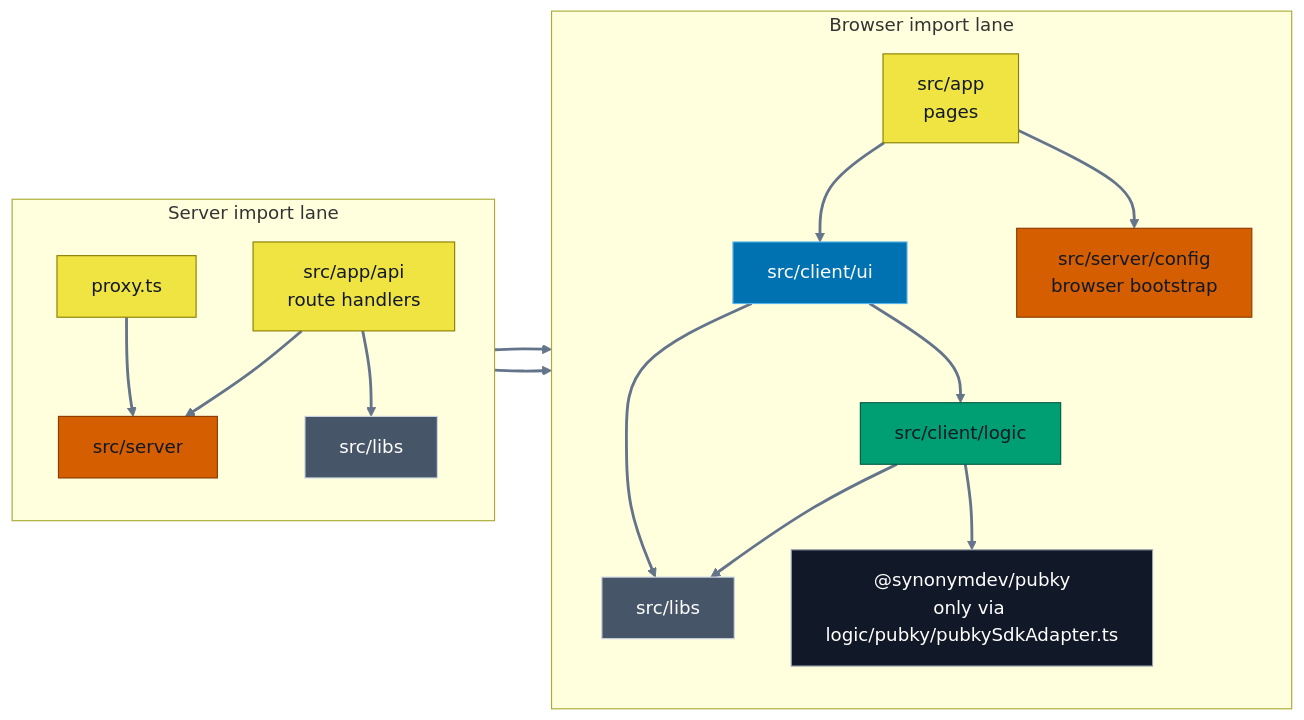
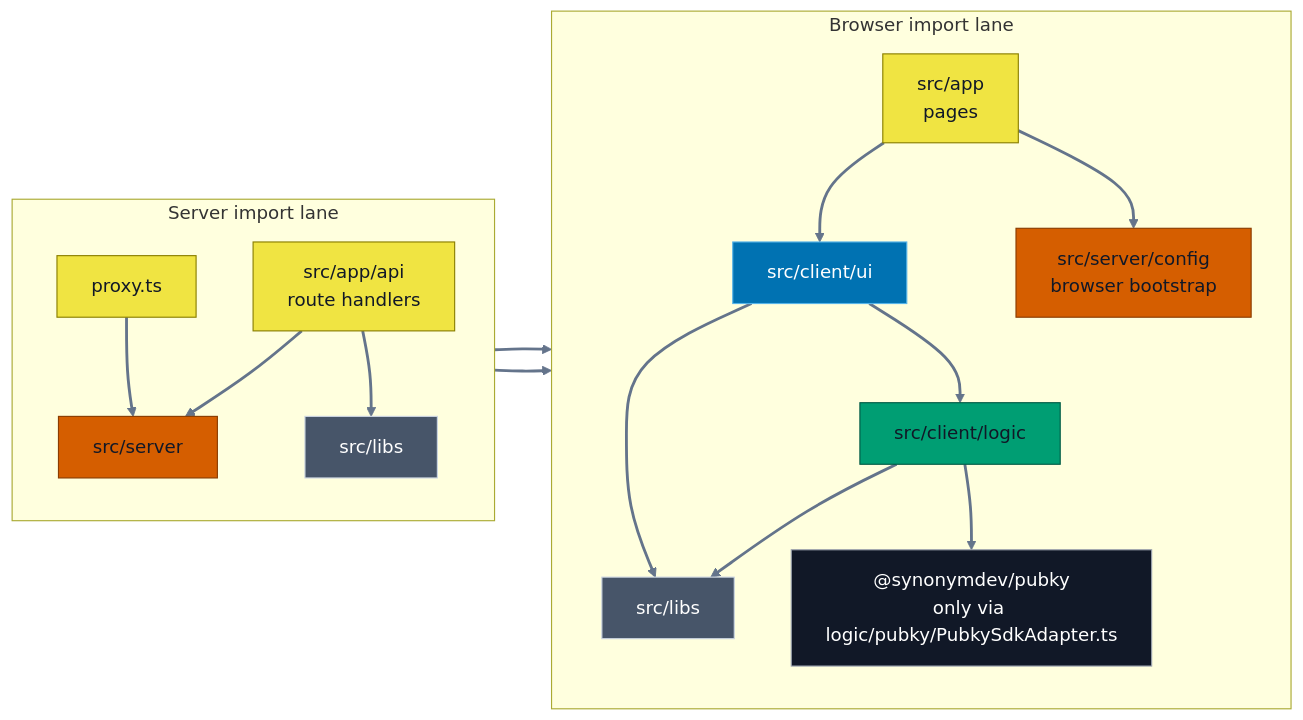
Before and after one commit to pubky/pubky-passport: the second of 14 diagrams in FLOWS.md, drawn with Mermaid. The commit also changed other lines of this file and 95 other files, not shown here.

````diff
--- a/FLOWS.md
+++ b/FLOWS.md
@@ -40,30 +40,30 @@
 ```mermaid
 flowchart LR
     accTitle: Current production import boundaries
     accDescr: Direct imports from app pages and route handlers into UI, browser, server, libraries, and the Pubky SDK adapter.
     subgraph browserLane[Browser import lane]
         direction TB
         pages["src/app<br/>pages"]:::transport --> ui["src/client/ui"]:::ui --> browser["src/client/logic"]:::browser
         pages --> bootstrap["src/server/config<br/>browser bootstrap"]:::server
         ui --> browserLibs["src/libs"]:::libs
         browser --> browserLibs
-        browser --> sdk["@synonymdev/pubky<br/>only via logic/pubky/pubkySdkAdapter.ts"]:::external
+        browser --> sdk["@synonymdev/pubky<br/>only via logic/pubky/PubkySdkAdapter.ts"]:::external
     end
 
     subgraph serverLane[Server import lane]
         direction TB
         routes["src/app/api<br/>route handlers"]:::transport --> server["src/server"]:::server
         proxy["proxy.ts"]:::transport --> server
         proxy --> bootstrap
         server --> bootstrap
         routes --> serverLibs["src/libs"]:::libs
     end
 
     classDef transport fill:#F0E442,stroke:#8A7F00,color:#111827;
     classDef ui fill:#0072B2,stroke:#56B4E9,color:#fff;
     classDef browser fill:#009E73,stroke:#005A45,color:#111827;
     classDef server fill:#D55E00,stroke:#8A3C00,color:#111827;
     classDef libs fill:#475569,stroke:#cbd5e1,color:#fff;
     classDef external fill:#111827,stroke:#9ca3af,color:#fff;
     linkStyle default stroke:#64748B,stroke-width:2.5px;
 ```
````
